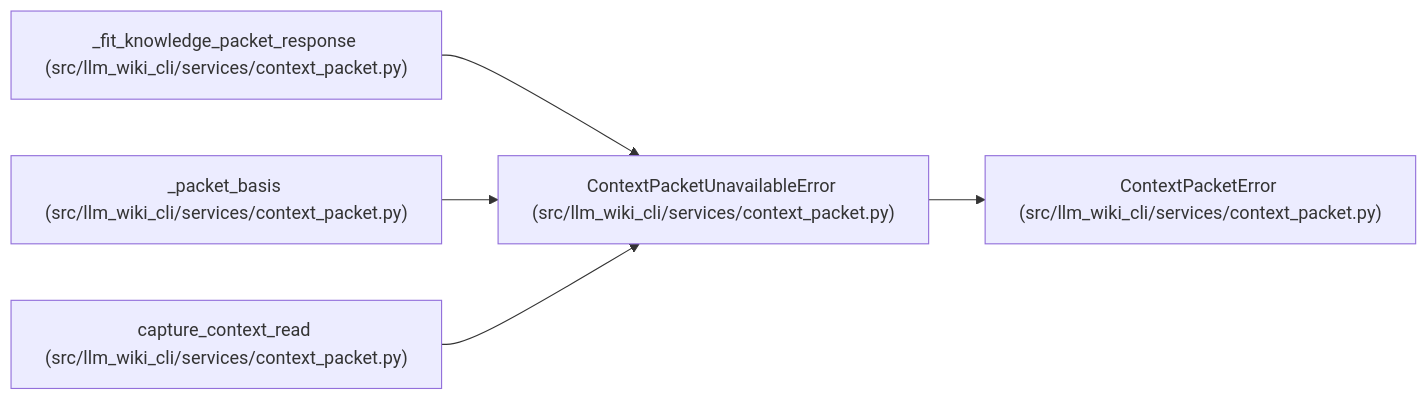
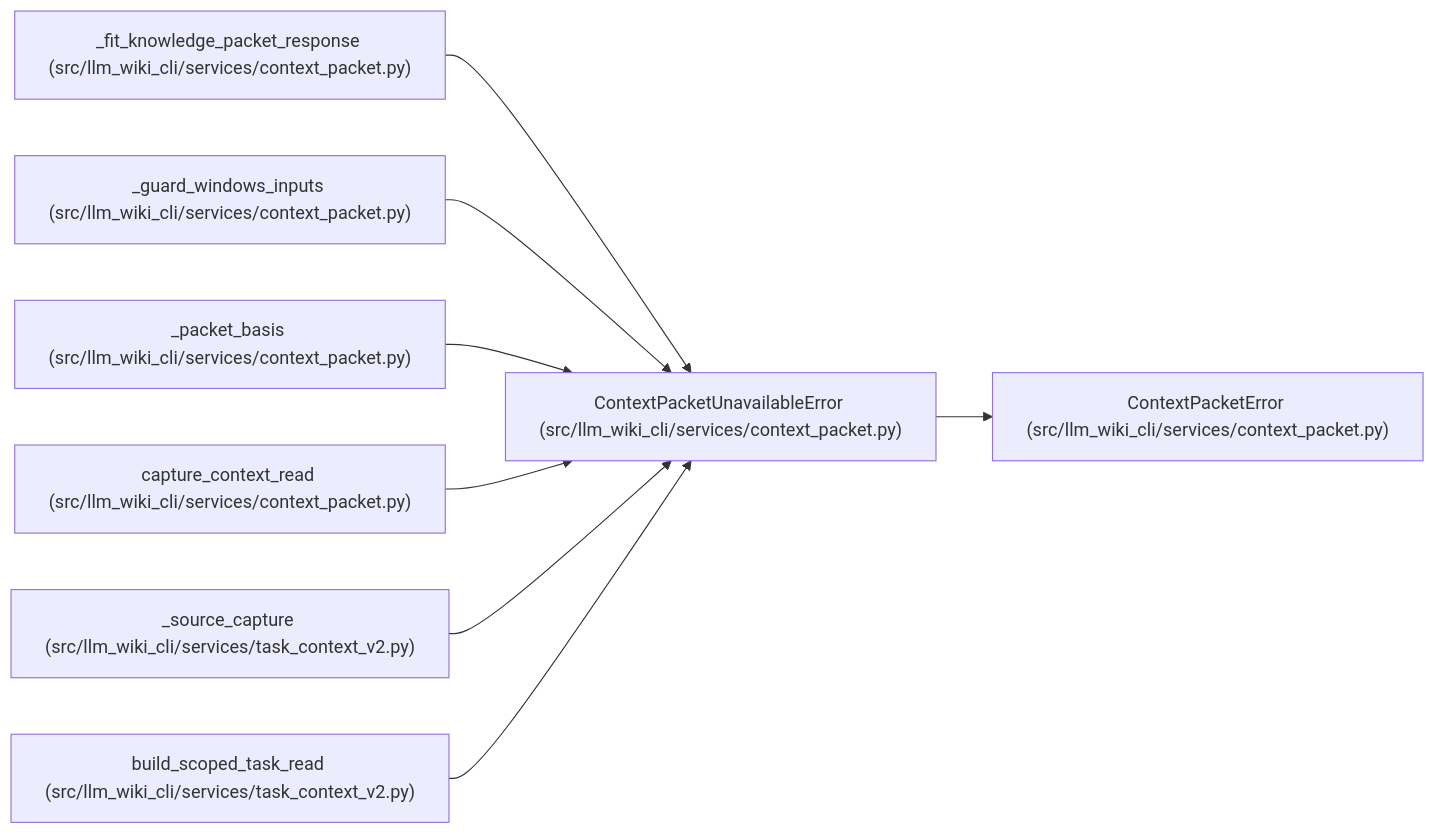
Before and after one commit to Denissvgn/python-wiki-llm: the diagram in docs/llm_wiki/entities/ContextPacketUnavailableError.md, drawn with Mermaid. The commit also changed other lines of this file and 865 other files, not shown here.

````diff
--- a/docs/llm_wiki/entities/ContextPacketUnavailableError.md
+++ b/docs/llm_wiki/entities/ContextPacketUnavailableError.md
@@ -25,17 +25,26 @@
 ```mermaid
 flowchart LR
     n0["ContextPacketUnavailableError (src/llm_wiki_cli/services/context_packet.py)"]
     n1["ContextPacketError (src/llm_wiki_cli/services/context_packet.py)"]
     n2["_fit_knowledge_packet_response (src/llm_wiki_cli/services/context_packet.py)"]
-    n3["_packet_basis (src/llm_wiki_cli/services/context_packet.py)"]
-    n4["capture_context_read (src/llm_wiki_cli/services/context_packet.py)"]
+    n3["_guard_windows_inputs (src/llm_wiki_cli/services/context_packet.py)"]
+    n4["_packet_basis (src/llm_wiki_cli/services/context_packet.py)"]
+    n5["capture_context_read (src/llm_wiki_cli/services/context_packet.py)"]
+    n6["_source_capture (src/llm_wiki_cli/services/task_context_v2.py)"]
+    n7["build_scoped_task_read (src/llm_wiki_cli/services/task_context_v2.py)"]
     n0 --> n1
     n2 --> n0
     n3 --> n0
     n4 --> n0
+    n5 --> n0
+    n6 --> n0
+    n7 --> n0
     click n0 "../modules/context_packet.md"
     click n1 "../modules/context_packet.md"
     click n2 "../modules/context_packet.md"
     click n3 "../modules/context_packet.md"
     click n4 "../modules/context_packet.md"
+    click n5 "../modules/context_packet.md"
+    click n6 "../modules/task_context_v2.md"
+    click n7 "../modules/task_context_v2.md"
 ```
````
